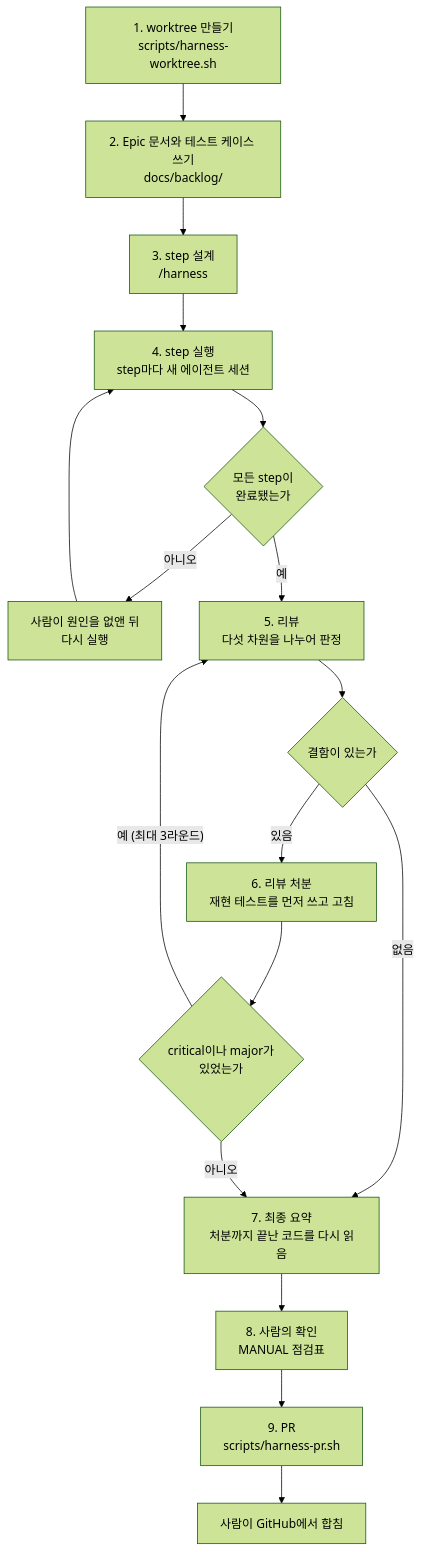
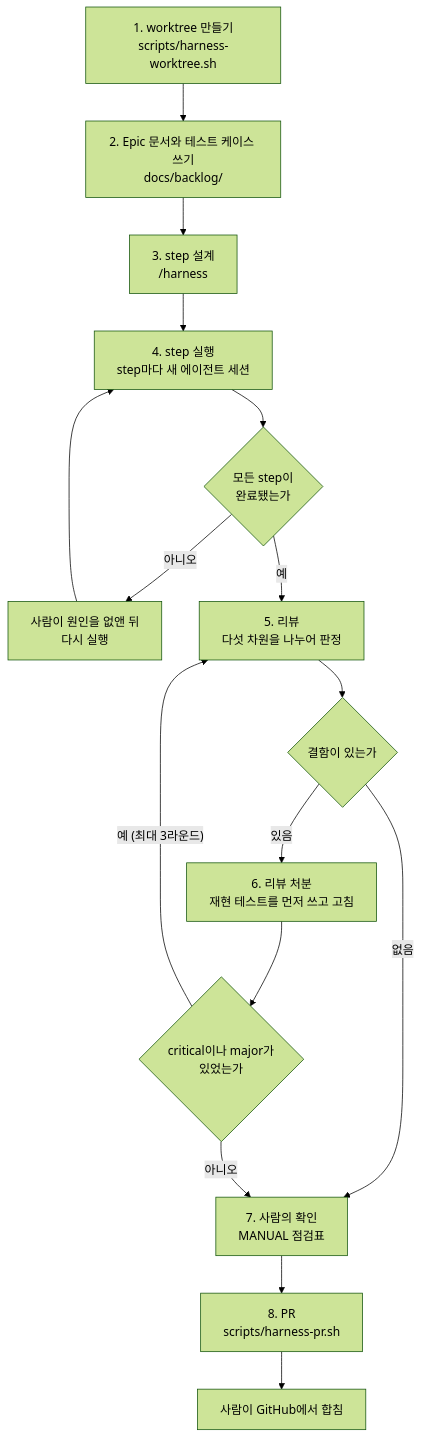
Before and after one commit to diegesis-labs/BE: the diagram in docs/HARNESS.md, drawn with Mermaid (forest theme). The commit also changed other lines of this file and 10 other files, not shown here.

````diff
--- a/docs/HARNESS.md
+++ b/docs/HARNESS.md
@@ -14,19 +14,18 @@
 ```mermaid
 flowchart TD
   A["1. worktree 만들기<br/>scripts/harness-worktree.sh"] --> B["2. Epic 문서와 테스트 케이스 쓰기<br/>docs/backlog/"]
   B --> C["3. step 설계<br/>/harness"]
   C --> D["4. step 실행<br/>step마다 새 에이전트 세션"]
   D --> E{"모든 step이<br/>완료됐는가"}
   E -- "아니오" --> X["사람이 원인을 없앤 뒤<br/>다시 실행"]
   X --> D
   E -- "예" --> F["5. 리뷰<br/>다섯 차원을 나누어 판정"]
   F --> G{"결함이 있는가"}
-  G -- "없음" --> S
+  G -- "없음" --> J
   G -- "있음" --> H["6. 리뷰 처분<br/>재현 테스트를 먼저 쓰고 고침"]
   H --> I{"critical이나 major가<br/>있었는가"}
   I -- "예 (최대 3라운드)" --> F
-  I -- "아니오" --> S["7. 최종 요약<br/>처분까지 끝난 코드를 다시 읽음"]
-  S --> J["8. 사람의 확인<br/>MANUAL 점검표"]
-  J --> K["9. PR<br/>scripts/harness-pr.sh"]
+  I -- "아니오" --> J["7. 사람의 확인<br/>MANUAL 점검표"]
+  J --> K["8. PR<br/>scripts/harness-pr.sh"]
   K --> L["사람이 GitHub에서 합침"]
 ```
````
